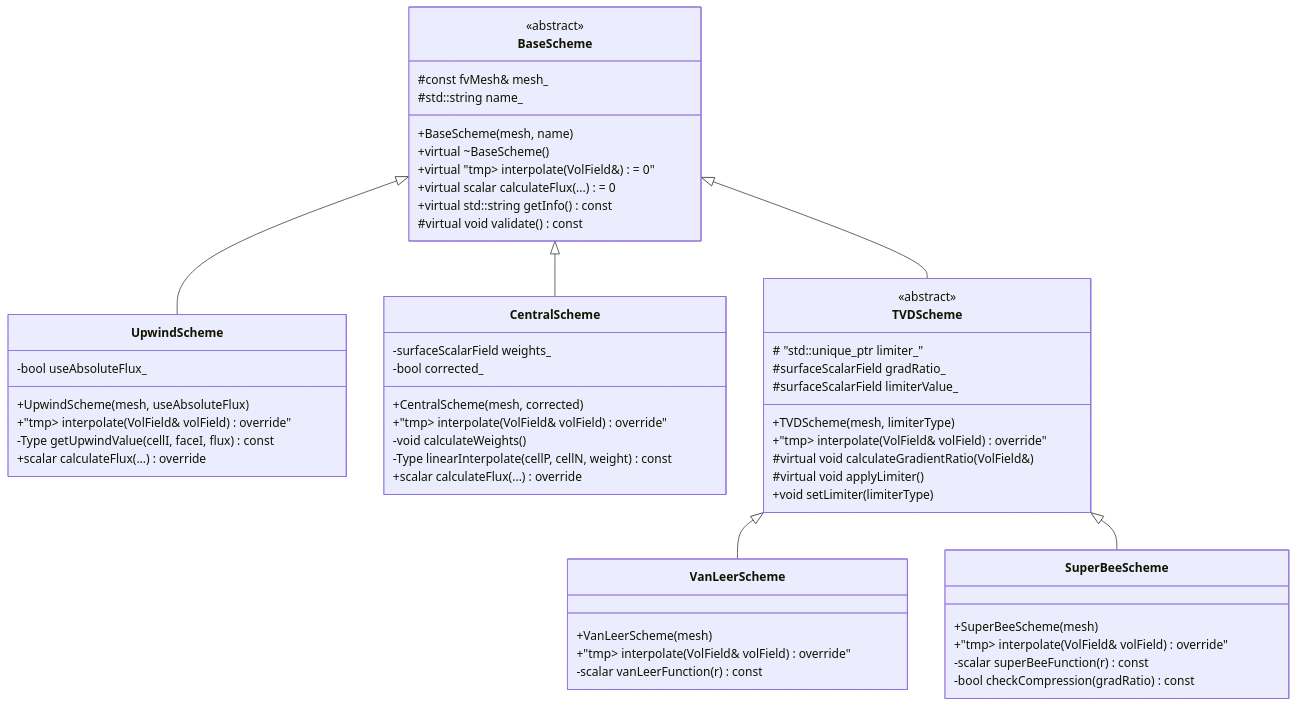
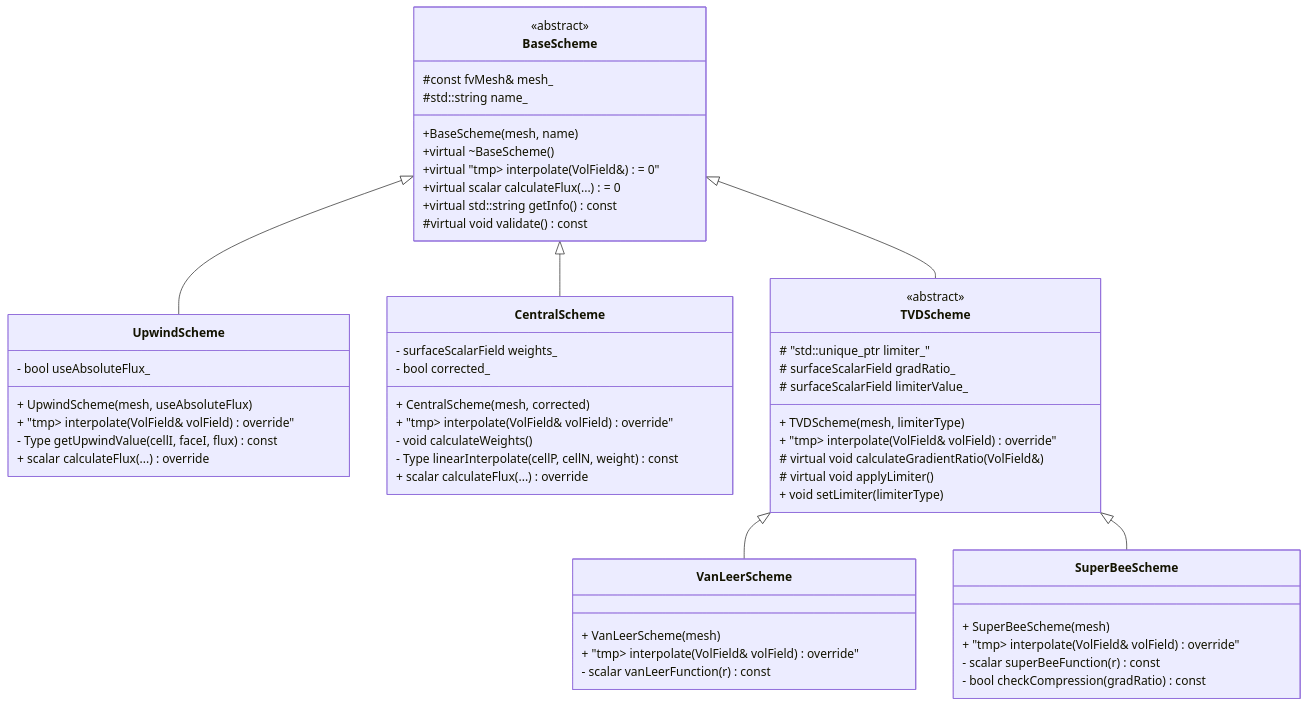
The second of 2 diagrams in daily_learning/2026-01-03.md (wramet/build-my-cfd), drawn with Mermaid before and after one commit.

Commit message:
Fix Mermaid diagram syntax: add space after visibility markers

````diff
--- a/daily_learning/2026-01-03.md
+++ b/daily_learning/2026-01-03.md
@@ -974,65 +974,65 @@
 ```mermaid
 classDiagram
     direction TB
     
     class BaseScheme {
         <<abstract>>
         #const fvMesh& mesh_
         #std::string name_
         +BaseScheme(mesh, name)
         +virtual ~BaseScheme()
         +virtual "tmp<SurfaceField<Type>> interpolate(VolField<Type>&) = 0"
         +virtual scalar calculateFlux(...) = 0
         +virtual std::string getInfo() const
         #virtual void validate() const
     }
     
     class UpwindScheme {
-        -bool useAbsoluteFlux_
-        +UpwindScheme(mesh, useAbsoluteFlux)
-        +"tmp<SurfaceField<Type>> interpolate(VolField<Type>& volField) override"
-        -Type getUpwindValue(cellI, faceI, flux) const
-        +scalar calculateFlux(...) override
+        - bool useAbsoluteFlux_
+        + UpwindScheme(mesh, useAbsoluteFlux)
+        + "tmp<SurfaceField<Type>> interpolate(VolField<Type>& volField) override"
+        - Type getUpwindValue(cellI, faceI, flux) const
+        + scalar calculateFlux(...) override
     }
     
     class CentralScheme {
-        -surfaceScalarField weights_
-        -bool corrected_
-        +CentralScheme(mesh, corrected)
-        +"tmp<SurfaceField<Type>> interpolate(VolField<Type>& volField) override"
-        -void calculateWeights()
-        -Type linearInterpolate(cellP, cellN, weight) const
-        +scalar calculateFlux(...) override
+        - surfaceScalarField weights_
+        - bool corrected_
+        + CentralScheme(mesh, corrected)
+        + "tmp<SurfaceField<Type>> interpolate(VolField<Type>& volField) override"
+        - void calculateWeights()
+        - Type linearInterpolate(cellP, cellN, weight) const
+        + scalar calculateFlux(...) override
     }
     
     class TVDScheme {
         <<abstract>>
         # "std::unique_ptr<TVDLimiter> limiter_"
-        #surfaceScalarField gradRatio_
-        #surfaceScalarField limiterValue_
-        +TVDScheme(mesh, limiterType)
-        +"tmp<SurfaceField<Type>> interpolate(VolField<Type>& volField) override"
-        #virtual void calculateGradientRatio(VolField<Type>&)
-        #virtual void applyLimiter()
-        +void setLimiter(limiterType)
+        # surfaceScalarField gradRatio_
+        # surfaceScalarField limiterValue_
+        + TVDScheme(mesh, limiterType)
+        + "tmp<SurfaceField<Type>> interpolate(VolField<Type>& volField) override"
+        # virtual void calculateGradientRatio(VolField<Type>&)
+        # virtual void applyLimiter()
+        + void setLimiter(limiterType)
     }
     
     class VanLeerScheme {
-        +VanLeerScheme(mesh)
-        +"tmp<SurfaceField<Type>> interpolate(VolField<Type>& volField) override"
-        -scalar vanLeerFunction(r) const
+        + VanLeerScheme(mesh)
+        + "tmp<SurfaceField<Type>> interpolate(VolField<Type>& volField) override"
+        - scalar vanLeerFunction(r) const
     }
     
     class SuperBeeScheme {
-        +SuperBeeScheme(mesh)
-        +"tmp<SurfaceField<Type>> interpolate(VolField<Type>& volField) override"
-        -scalar superBeeFunction(r) const
-        -bool checkCompression(gradRatio) const
+        + SuperBeeScheme(mesh)
+        + "tmp<SurfaceField<Type>> interpolate(VolField<Type>& volField) override"
+        - scalar superBeeFunction(r) const
+        - bool checkCompression(gradRatio) const
     }
     
     BaseScheme <|-- UpwindScheme
     BaseScheme <|-- CentralScheme
     BaseScheme <|-- TVDScheme
     TVDScheme <|-- VanLeerScheme
     TVDScheme <|-- SuperBeeScheme
 ```
````
